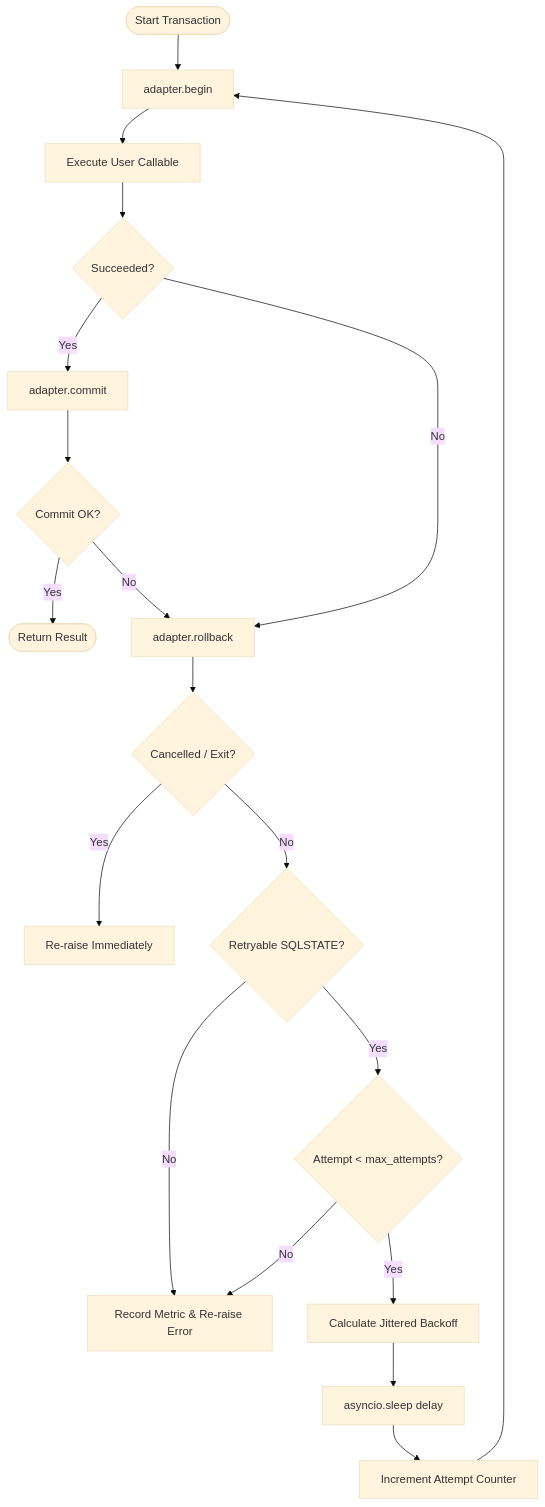
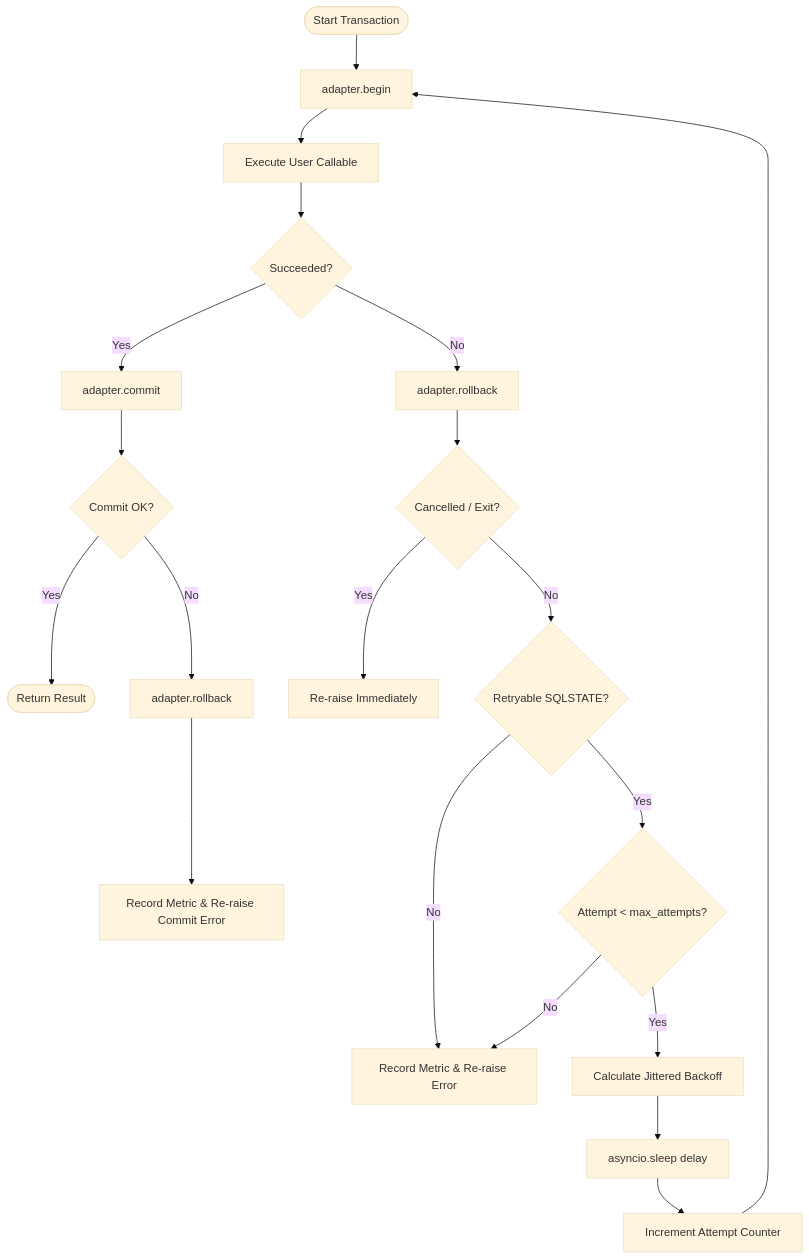
One commit to Al1husse1n/pg-shield changed the second of 2 diagrams in Main/README.md. Above: the diagram before and after it, drawn with Mermaid (base theme). The commit also changed other lines of this file and 31 other files, not shown here.

````diff
--- a/Main/README.md
+++ b/Main/README.md
@@ -205,25 +205,26 @@
 ```mermaid
 flowchart TD
     Start([Start Transaction]) --> Begin[adapter.begin]
     Begin --> Exec[Execute User Callable]
     Exec --> Success{Succeeded?}
     Success -- Yes --> Commit[adapter.commit]
     Commit --> CommitSuccess{Commit OK?}
     CommitSuccess -- Yes --> Done([Return Result])
     
     Success -- No --> Rollback[adapter.rollback]
-    CommitSuccess -- No --> Rollback
+    CommitSuccess -- No --> RollbackCommit[adapter.rollback]
+    RollbackCommit --> FailCommit[Record Metric & Re-raise Commit Error]
     
     Rollback --> CancelCheck{Cancelled / Exit?}
     CancelCheck -- Yes --> ReRaiseCancelled[Re-raise Immediately]
     CancelCheck -- No --> Classify{Retryable SQLSTATE?}
     
     Classify -- No --> Fail[Record Metric & Re-raise Error]
     Classify -- Yes --> LimitCheck{Attempt < max_attempts?}
     LimitCheck -- No --> Fail
     
     LimitCheck -- Yes --> Backoff[Calculate Jittered Backoff]
     Backoff --> Sleep[asyncio.sleep delay]
     Sleep --> NextAttempt[Increment Attempt Counter]
     NextAttempt --> Begin
 ```
````
